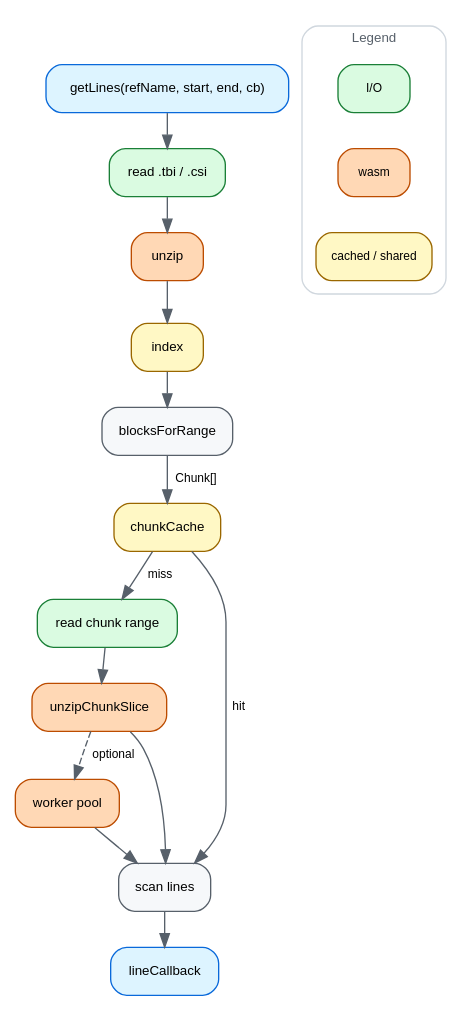
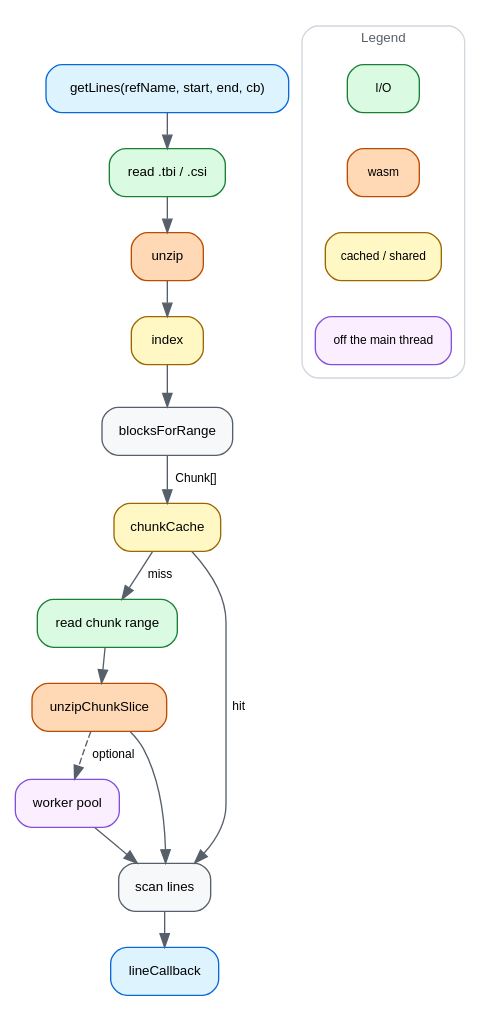
The diagram in docs/img/dataflow.dot (GMOD/tabix-js), drawn with Graphviz before and after one commit. The commit also changed 2 other files, not shown here.

Commit message:
docs: give the worker pool its own legend color, and describe it
The pool node was drawn in the wasm orange, which said 'this is wasm' where
the point is 'this is off the main thread' — and dataflow.md never mentioned
the pool its own diagram draws. Purple now carries that across bam, tabix and
cram.

Claude-Session: https://claude.ai/code/session_01Ps2aczNGhU1pZ6ap53qXUd

```diff
--- a/docs/img/dataflow.dot
+++ b/docs/img/dataflow.dot
@@ -1,59 +1,62 @@
 // Source for docs/img/dataflow.svg, which docs/dataflow.md embeds.
 // Regenerate with: dot -Tsvg docs/img/dataflow.dot -o docs/img/dataflow.svg
 //
 // Deliberately the MAIN PATH only — the header reads, the read-ahead window and
 // the plain-gzip fallback are described in dataflow.md instead. A diagram that
 // shows every branch stops being the thing you look at first.
 //
 // SYNC: ~/src/gmod/bam-js/docs/img/dataflow.dot — same palette, legend and
-// spine.
+// spine. ~/src/gmod/cram-js/docs/img/dataflow.dot shares them too, and draws
+// its pool as a cluster rather than a node because there the unit that moves
+// is a whole slice, not just the decompression.
 digraph tabixjs {
   rankdir=TB
   bgcolor="white"
   nodesep=0.3
   ranksep=0.36
   node [shape=box style="filled,rounded" fillcolor="#f6f8fa" color="#57606a"
         fontname="Helvetica" fontsize=10 margin="0.14,0.07"]
   edge [color="#57606a" fontname="Helvetica" fontsize=9]
 
   query   [label="getLines(refName, start, end, cb)" fillcolor="#ddf4ff" color="#0969da"]
   readidx [label="read .tbi / .csi" fillcolor="#dafbe1" color="#1a7f37"]
   unzip   [label="unzip" fillcolor="#ffd8b5" color="#bc4c00"]
   index   [label="index" fillcolor="#fff8c5" color="#9a6700"]
   blocks  [label="blocksForRange"]
   cache   [label="chunkCache" fillcolor="#fff8c5" color="#9a6700"]
   readchk [label="read chunk range" fillcolor="#dafbe1" color="#1a7f37"]
   slice   [label="unzipChunkSlice" fillcolor="#ffd8b5" color="#bc4c00"]
-  pool    [label="worker pool" fillcolor="#ffd8b5" color="#bc4c00"]
+  pool    [label="worker pool" fillcolor="#fbefff" color="#8250df"]
   scan    [label="scan lines"]
   out     [label="lineCallback" fillcolor="#ddf4ff" color="#0969da"]
 
   query -> readidx
   readidx -> unzip
   unzip -> index
   index -> blocks
   blocks -> cache [label=" Chunk[] "]
   cache -> readchk [label=" miss "]
   readchk -> slice
   slice -> pool [style=dashed label=" optional "]
   slice -> scan
   pool -> scan
   cache -> scan [label=" hit "]
   scan -> out
 
   subgraph cluster_legend {
     label="Legend"
     labelloc="t"
     fontname="Helvetica"
     fontsize=10
     fontcolor="#57606a"
     color="#d0d7de"
     style="rounded"
     margin=10
     node [shape=box style="filled,rounded" fontsize=9 margin="0.1,0.04"]
     l1 [label="I/O" fillcolor="#dafbe1" color="#1a7f37"]
     l2 [label="wasm" fillcolor="#ffd8b5" color="#bc4c00"]
     l3 [label="cached / shared" fillcolor="#fff8c5" color="#9a6700"]
-    l1 -> l2 -> l3 [style=invis]
+    l4 [label="off the main thread" fillcolor="#fbefff" color="#8250df"]
+    l1 -> l2 -> l3 -> l4 [style=invis]
   }
 }
```
